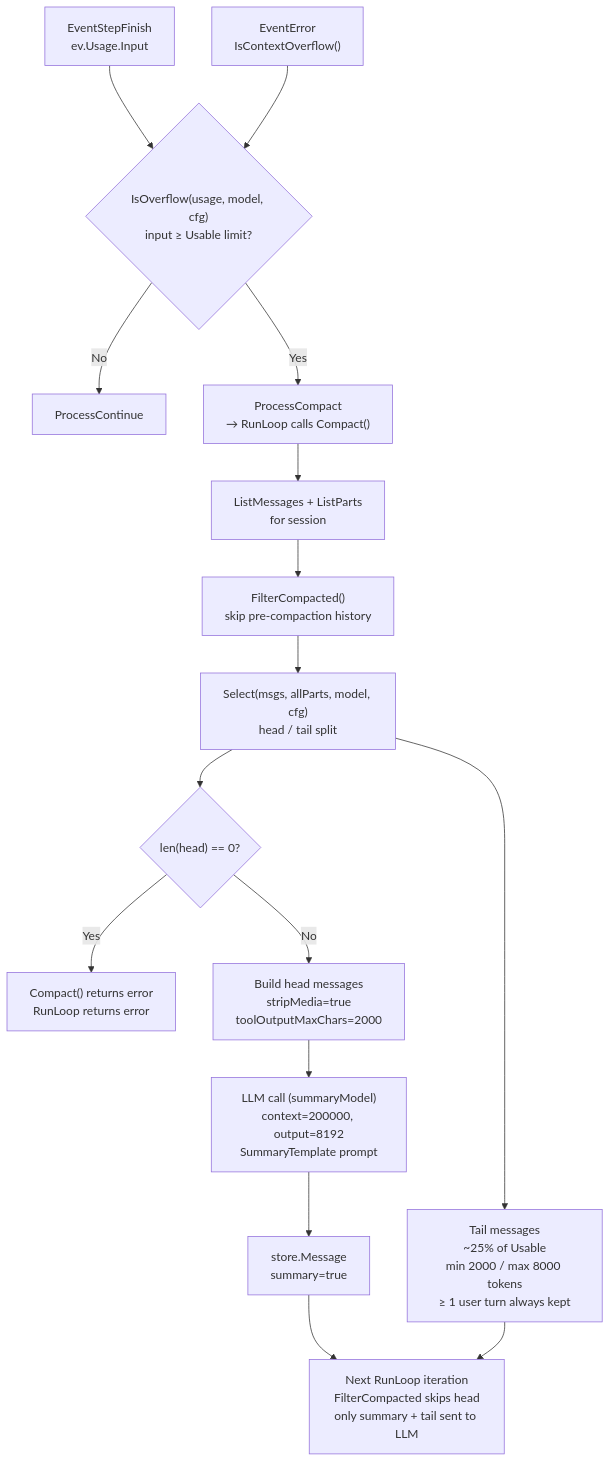
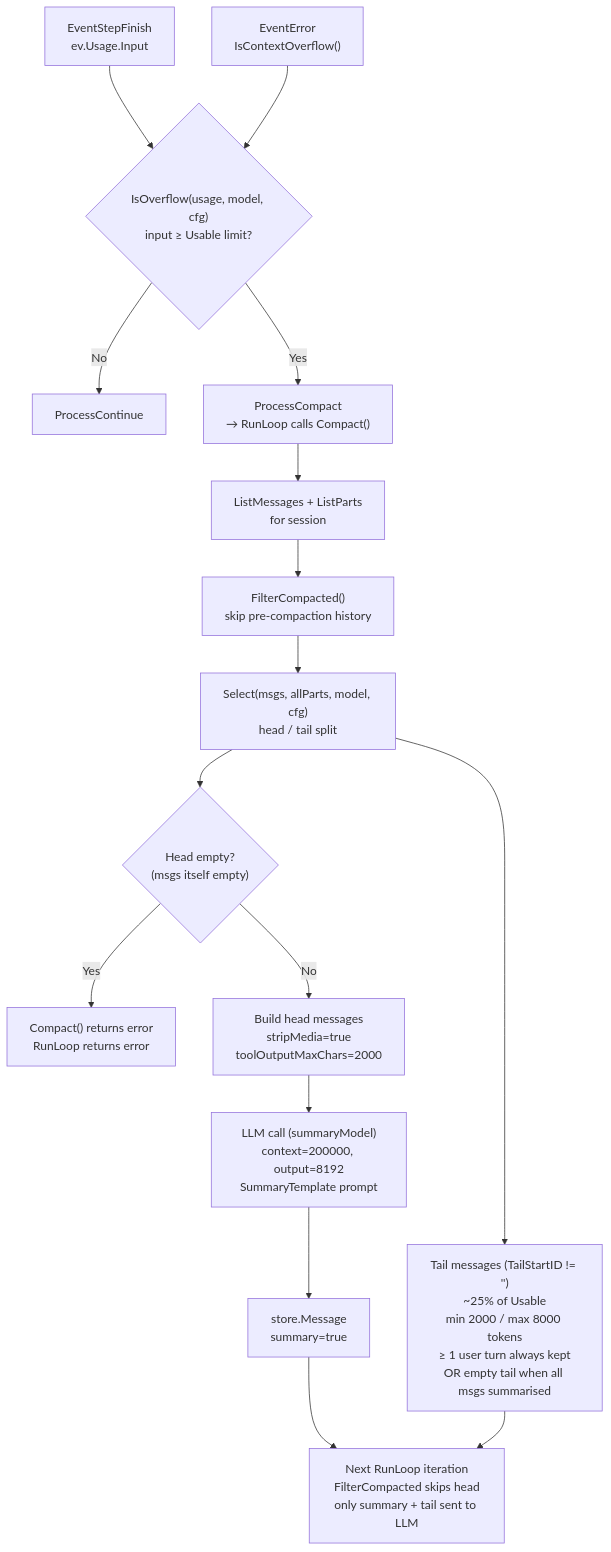
Before and after one commit to larryhou/llm-go: the third of 9 diagrams in .opencode/skills/llm/SKILL.md, drawn with Mermaid. The commit also changed other lines of this file and 1 other file, not shown here.

````diff
--- a/.opencode/skills/llm/SKILL.md
+++ b/.opencode/skills/llm/SKILL.md
@@ -96,23 +96,23 @@
 ```mermaid
 flowchart TD
     StepFinish["EventStepFinish\nev.Usage.Input"] --> IsOverflow{"IsOverflow(usage, model, cfg)\ninput ≥ Usable limit?"}
     ProviderError["EventError\nIsContextOverflow()"] --> IsOverflow
     IsOverflow -- No --> Continue["ProcessContinue"]
     IsOverflow -- Yes --> ProcessCompact["ProcessCompact\n→ RunLoop calls Compact()"]
 
     ProcessCompact --> ListMsgs["ListMessages + ListParts\nfor session"]
     ListMsgs --> FilterCompacted["FilterCompacted()\nskip pre-compaction history"]
     FilterCompacted --> Select["Select(msgs, allParts, model, cfg)\nhead / tail split"]
 
-    Select --> NothingToSummarise{"len(head) == 0?"}
+    Select --> NothingToSummarise{"Head empty?\n(msgs itself empty)"}
     NothingToSummarise -- Yes --> CompactFail["Compact() returns error\nRunLoop returns error"]
     NothingToSummarise -- No --> BuildHead["Build head messages\nstripMedia=true\ntoolOutputMaxChars=2000"]
 
     BuildHead --> SummaryLLM["LLM call (summaryModel)\ncontext=200000, output=8192\nSummaryTemplate prompt"]
     SummaryLLM --> SummaryMsg["store.Message\nsummary=true"]
 
-    Select --> Tail["Tail messages\n~25% of Usable\nmin 2000 / max 8000 tokens\n≥ 1 user turn always kept"]
+    Select --> Tail["Tail messages (TailStartID != '')\n~25% of Usable\nmin 2000 / max 8000 tokens\n≥ 1 user turn always kept\nOR empty tail when all msgs summarised"]
 
     SummaryMsg --> NextTurn["Next RunLoop iteration\nFilterCompacted skips head\nonly summary + tail sent to LLM"]
     Tail --> NextTurn
 ```
````
